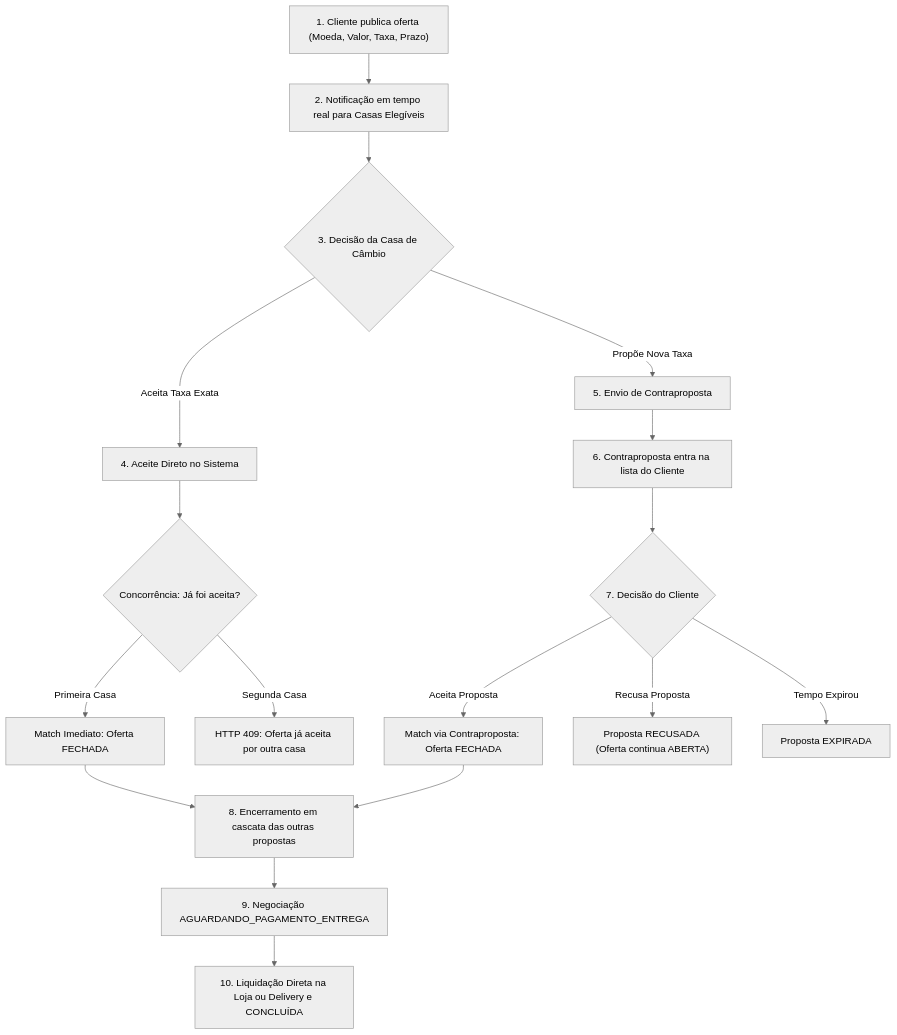
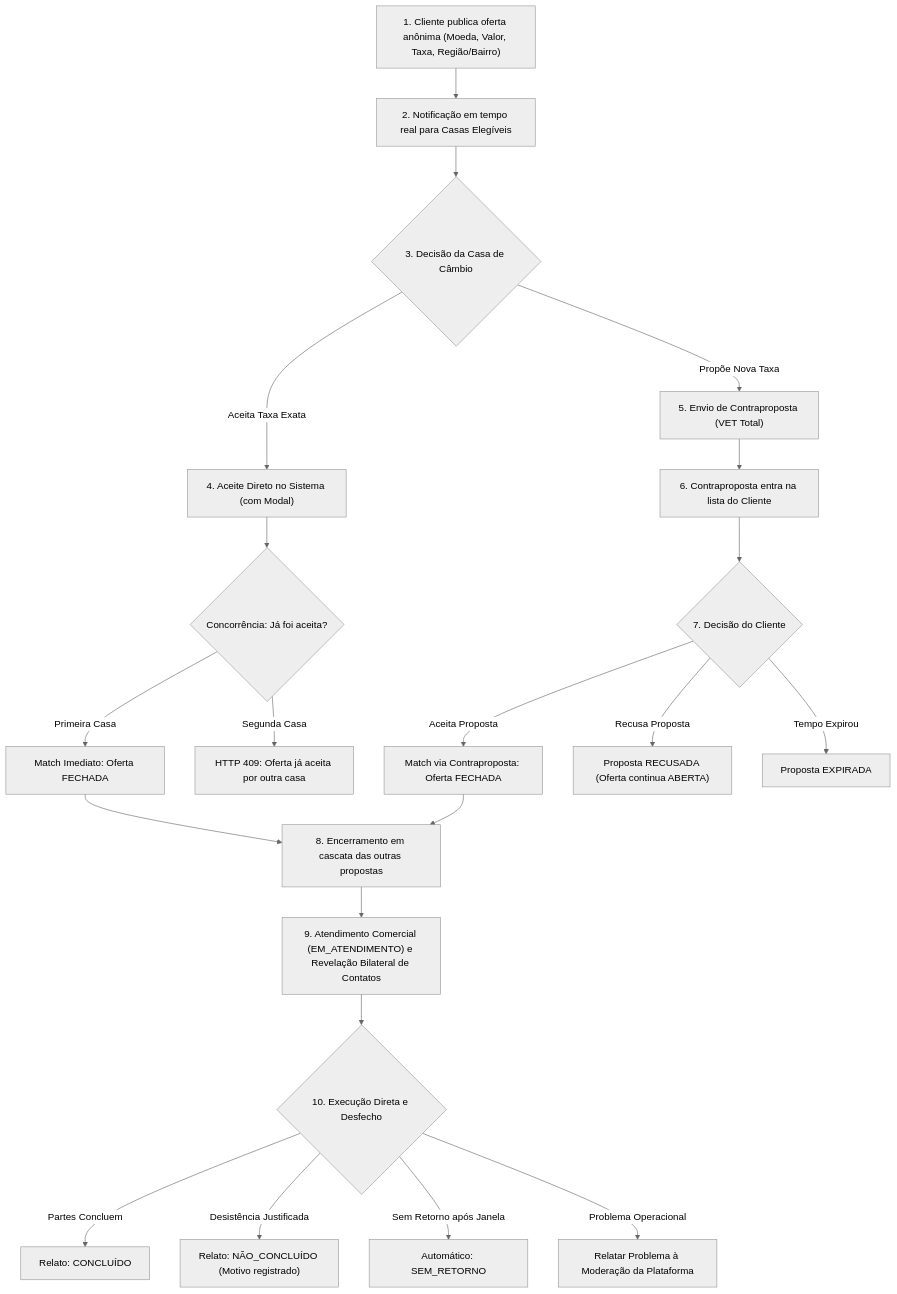
The diagram in README.md (rspindola/melhor-cambio-clone), drawn with Mermaid (neutral theme) before and after one commit. The commit also changed other lines of this file and 13 other files, not shown here.

````diff
--- a/README.md
+++ b/README.md
@@ -31,27 +36,32 @@
 ```mermaid
-%% MEANING: Fluxo operacional completo do leilao em tempo real
+%% MEANING: Fluxo operacional completo de cotacao e atendimento comercial
 flowchart TD
-    ClientePublica["1. Cliente publica oferta (Moeda, Valor, Taxa, Prazo)"] --> Broadcast["2. Notificação em tempo real para Casas Elegíveis"]
+    ClientePublica["1. Cliente publica oferta anônima (Moeda, Valor, Taxa, Região/Bairro)"] --> Broadcast["2. Notificação em tempo real para Casas Elegíveis"]
     
     Broadcast --> DecisaoCasa{"3. Decisão da Casa de Câmbio"}
     
-    DecisaoCasa -->|Aceita Taxa Exata| TentativaMatch["4. Aceite Direto no Sistema"]
-    DecisaoCasa -->|Propõe Nova Taxa| Contraproposta["5. Envio de Contraproposta"]
+    DecisaoCasa -->|Aceita Taxa Exata| TentativaMatch["4. Aceite Direto no Sistema (com Modal)"]
+    DecisaoCasa -->|Propõe Nova Taxa| Contraproposta["5. Envio de Contraproposta (VET Total)"]
     
     TentativaMatch --> ControleConcorrencia{"Concorrência: Já foi aceita?"}
     ControleConcorrencia -->|Primeira Casa| MatchDireto["Match Imediato: Oferta FECHADA"]
     ControleConcorrencia -->|Segunda Casa| Rejeicao["HTTP 409: Oferta já aceita por outra casa"]
     
     Contraproposta --> ListaCliente["6. Contraproposta entra na lista do Cliente"]
     ListaCliente --> DecisaoCliente{"7. Decisão do Cliente"}
     
     DecisaoCliente -->|Aceita Proposta| MatchContraprop["Match via Contraproposta: Oferta FECHADA"]
     DecisaoCliente -->|Recusa Proposta| Recusada["Proposta RECUSADA (Oferta continua ABERTA)"]
     DecisaoCliente -->|Tempo Expirou| Expirada["Proposta EXPIRADA"]
     
     MatchDireto --> Cascata["8. Encerramento em cascata das outras propostas"]
     MatchContraprop --> Cascata
     
-    Cascata --> Negociacao["9. Negociação AGUARDANDO_PAGAMENTO_ENTREGA"]
-    Negociacao --> Finalizacao["10. Liquidação Direta na Loja ou Delivery e CONCLUÍDA"]
+    Cascata --> Atendimento["9. Atendimento Comercial (EM_ATENDIMENTO) e Revelação Bilateral de Contatos"]
+    
+    Atendimento --> Desfecho{"10. Execução Direta e Desfecho"}
+    Desfecho -->|Partes Concluem| Concluido["Relato: CONCLUÍDO"]
+    Desfecho -->|Desistência Justificada| NaoConcluido["Relato: NÃO_CONCLUÍDO (Motivo registrado)"]
+    Desfecho -->|Sem Retorno após Janela| SemRetorno["Automático: SEM_RETORNO"]
+    Desfecho -->|Problema Operacional| Suporte["Relatar Problema à Moderação da Plataforma"]
 ```
````
